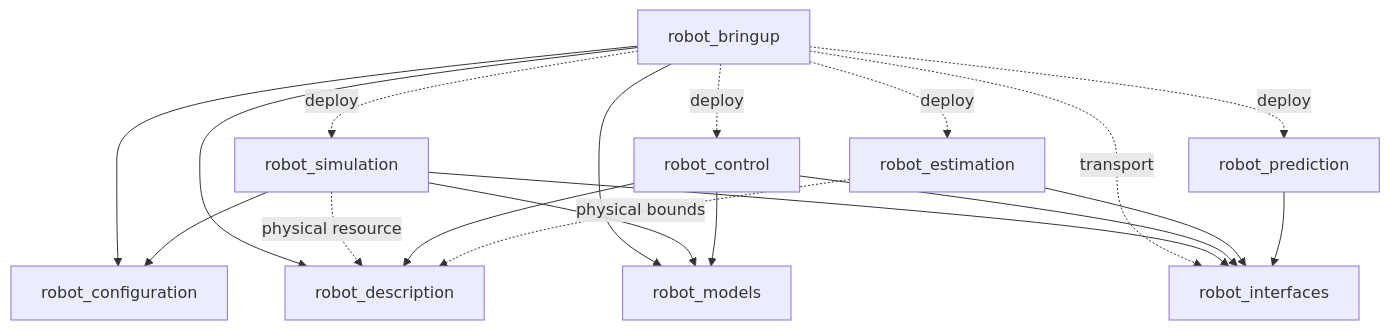
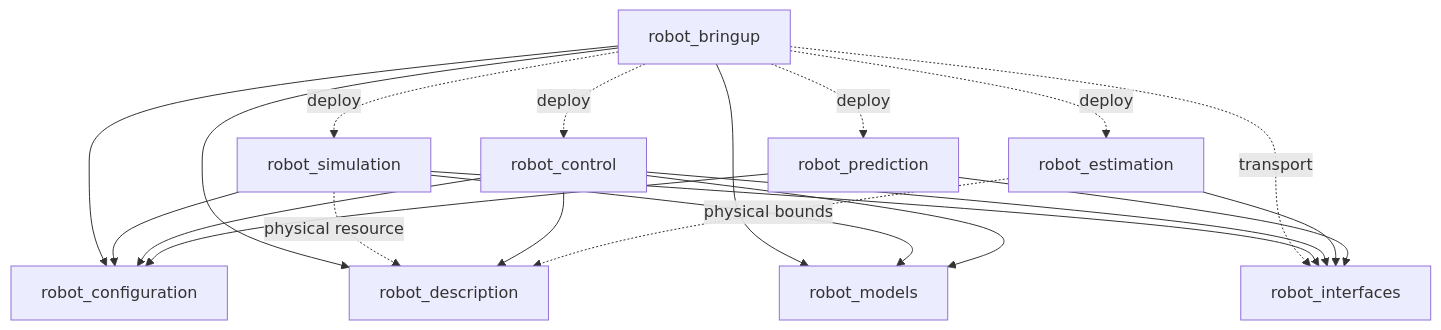
Before and after one commit to Liorshema/adaptive-target-tracking-testbed: the first of 2 diagrams in docs/ARCHITECTURE.md, drawn with Mermaid. The commit also changed other lines of this file and 42 other files, not shown here.

````diff
--- a/docs/ARCHITECTURE.md
+++ b/docs/ARCHITECTURE.md
@@ -26,21 +28,23 @@
 ```mermaid
 flowchart TD
  B[robot_bringup] --> Q[robot_configuration]
  B --> D[robot_description]
  B --> M[robot_models]
  B -. deploy .-> E[robot_estimation]
  B -. deploy .-> P[robot_prediction]
  B -. deploy .-> C[robot_control]
  B -. deploy .-> S[robot_simulation]
  B -. transport .-> I[robot_interfaces]
  S --> Q
  S --> M
  S --> I
  S -. physical resource .-> D
  C --> D
  C --> M
  C --> I
+ C --> Q
  E --> I
  E -. physical bounds .-> D
  P --> I
+ P --> Q
 ```
````
